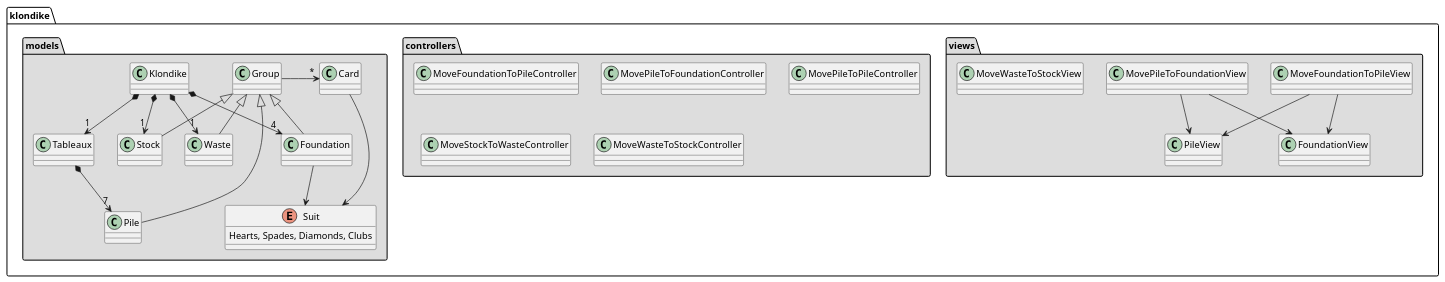
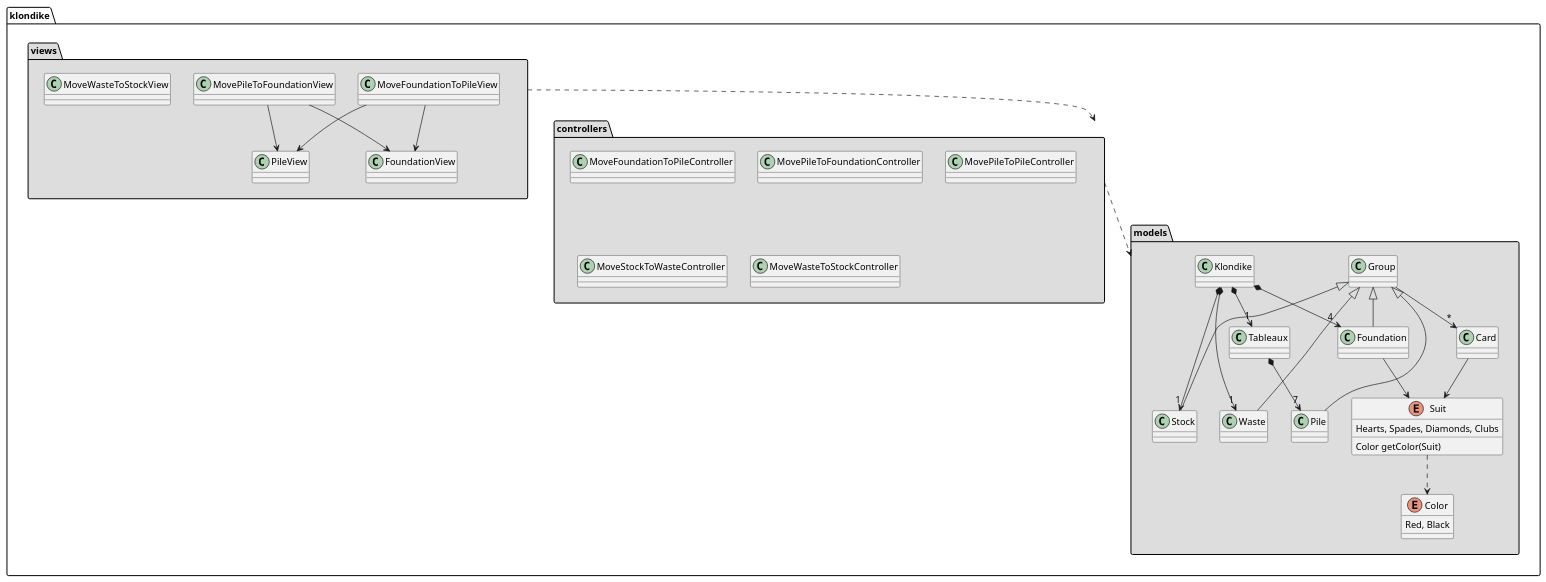
One commit to ciscoruiz/klondike changed the diagram in analysis/architecture/package_diagram.puml. Above: the diagram before and after it, drawn with PlantUML.

Commit message:
Define the Color into the Model

```diff
--- a/analysis/architecture/package_diagram.puml
+++ b/analysis/architecture/package_diagram.puml
@@ -1,49 +1,58 @@
 @startuml
-package "klondike.views" #DDDDDD {
+
+package klondike.views #DDDDDD {
    class MoveFoundationToPileView
    class MovePileToFoundationView
    class MoveWasteToStockView
 
    class PileView
    class FoundationView
 
    MoveFoundationToPileView -down-> PileView
    MoveFoundationToPileView -down-> FoundationView
 
    MovePileToFoundationView -down-> PileView
    MovePileToFoundationView -down-> FoundationView
 }
 
 package "klondike.controllers" #DDDDDD {
    class MoveFoundationToPileController
    class MovePileToFoundationController
    class MovePileToPileController
    class MoveStockToWasteController
    class MoveWasteToStockController
 }
 
 package "klondike.models" #DDDDDD {
+   enum Color {
+      Red, Black
+   }
 
    enum Suit {
     Hearts, Spades, Diamonds, Clubs
+    Color getColor(Suit)
    }
 
    Card --> Suit
+   Suit ..> Color
 
    Group -> "*" Card
-   Group <|-down- Pile
-   Group <|-down- Stock
-   Group <|-down- Waste
+   Group <|-down-- Pile
+   Group <|-down-- Stock
+   Group <|-down-- Waste
    Group <|-down- Foundation
 
 
    Tableaux *-down-> "7" Pile
    Klondike *-down-> "1" Stock
    Klondike *-down-> "1" Waste
    Klondike *-down-> "1" Tableaux
    Klondike *-down-> "4" Foundation
 
    Foundation --> Suit
 }
 
+klondike.views ..> klondike.controllers
+klondike.controllers ..> klondike.models
+
 @enduml
```
